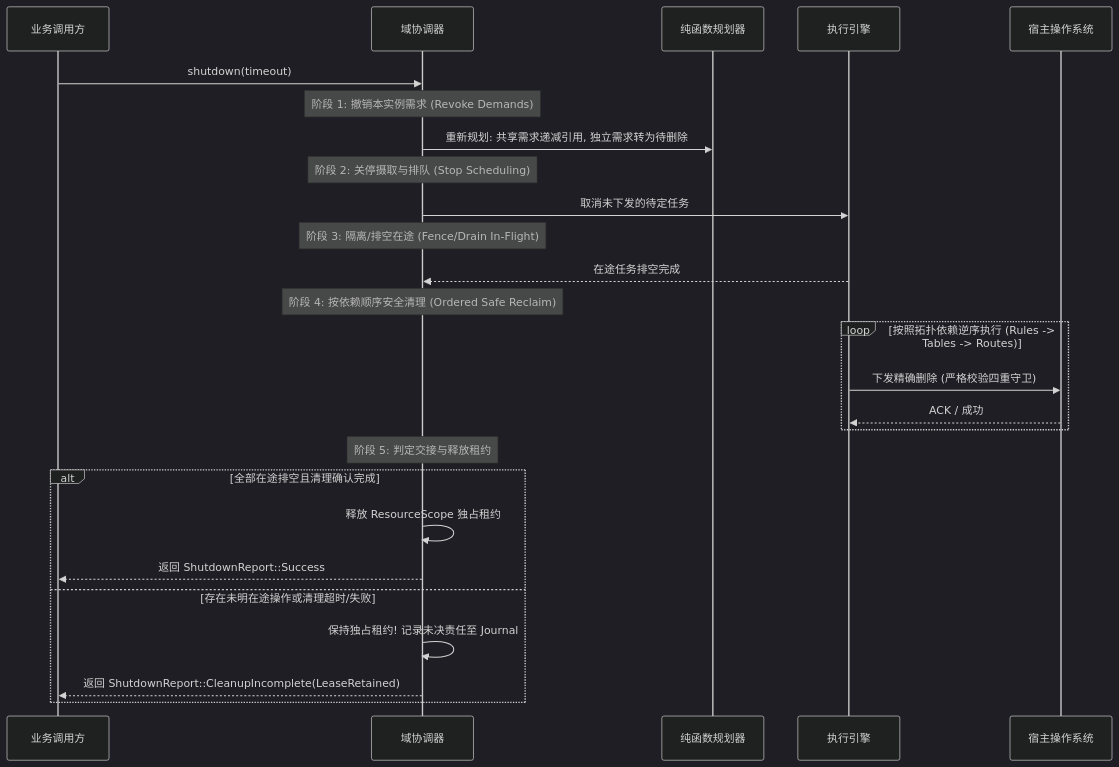
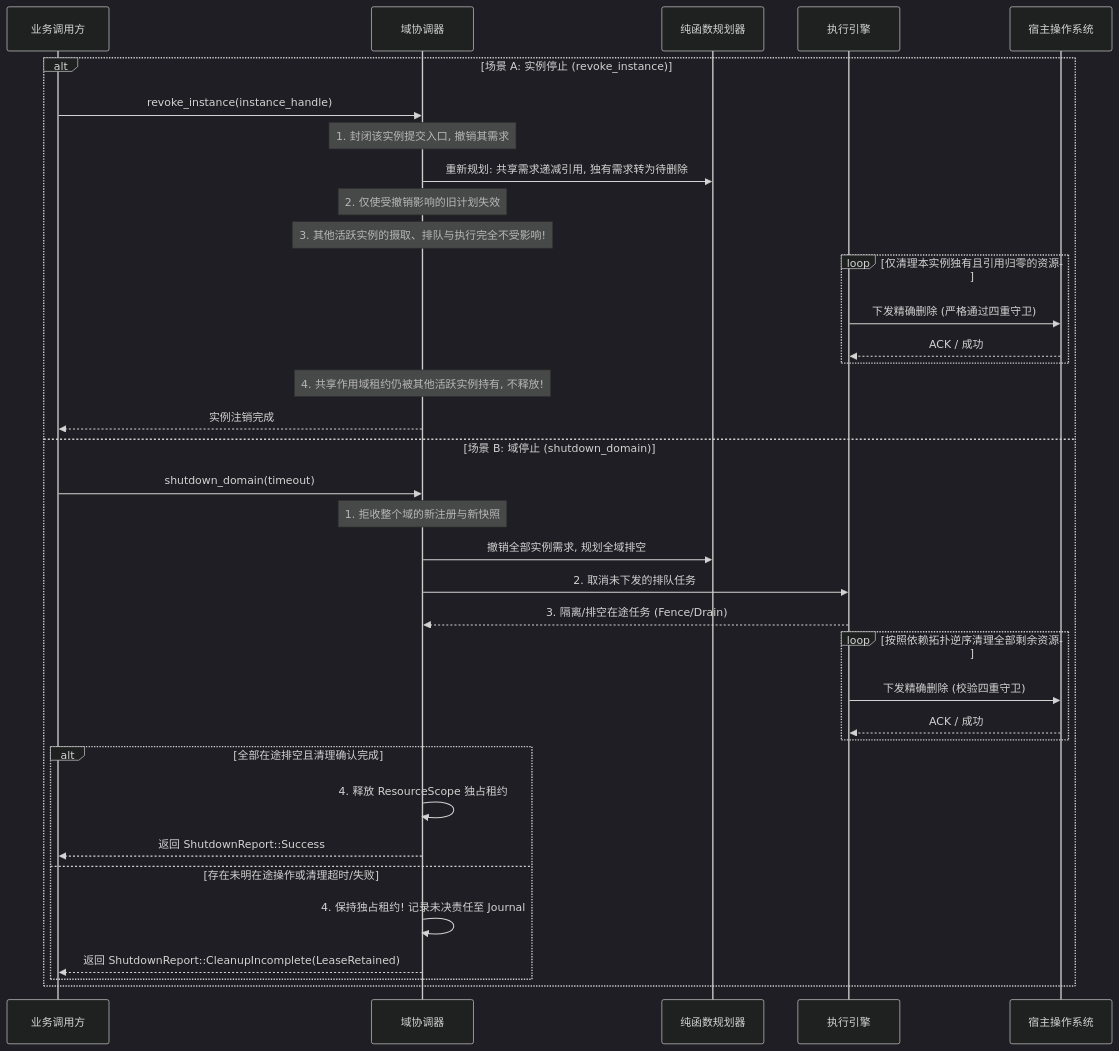
One commit to ZnqbuZ/EasyTier changed the fourth of 4 diagrams in docs/host-route-manager-step1-audit-and-contract.md. Above: the diagram before and after it, drawn with Mermaid (dark theme). The commit also changed other lines of this file and 1 other file, not shown here.

````diff
--- a/docs/host-route-manager-step1-audit-and-contract.md
+++ b/docs/host-route-manager-step1-audit-and-contract.md
@@ -332,29 +334,39 @@
 ```mermaid
 sequenceDiagram
     participant User as 业务调用方
     participant Coord as 域协调器
     participant Planner as 纯函数规划器
     participant Executor as 执行引擎
     participant OS as 宿主操作系统
     
-    User->>Coord: shutdown(timeout)
-    Note over Coord: 阶段 1: 撤销本实例需求 (Revoke Demands)
-    Coord->>Planner: 重新规划: 共享需求递减引用, 独立需求转为待删除
-    Note over Coord: 阶段 2: 关停摄取与排队 (Stop Scheduling)
-    Coord->>Executor: 取消未下发的待定任务
-    Note over Coord: 阶段 3: 隔离/排空在途 (Fence/Drain In-Flight)
-    Executor-->>Coord: 在途任务排空完成
-    Note over Coord: 阶段 4: 按依赖顺序安全清理 (Ordered Safe Reclaim)
-    loop 按照拓扑依赖逆序执行 (Rules -> Tables -> Routes)
-        Executor->>OS: 下发精确删除 (严格校验四重守卫)
-        OS-->>Executor: ACK / 成功
-    end
-    Note over Coord: 阶段 5: 判定交接与释放租约
-    alt 全部在途排空且清理确认完成
-        Coord->>Coord: 释放 ResourceScope 独占租约
-        Coord-->>User: 返回 ShutdownReport::Success
-    else 存在未明在途操作或清理超时/失败
-        Coord->>Coord: 保持独占租约! 记录未决责任至 Journal
-        Coord-->>User: 返回 ShutdownReport::CleanupIncomplete(LeaseRetained)
+    alt 场景 A: 实例停止 (revoke_instance)
+        User->>Coord: revoke_instance(instance_handle)
+        Note over Coord: 1. 封闭该实例提交入口, 撤销其需求
+        Coord->>Planner: 重新规划: 共享需求递减引用, 独有需求转为待删除
+        Note over Coord: 2. 仅使受撤销影响的旧计划失效
+        Note over Coord: 3. 其他活跃实例的摄取、排队与执行完全不受影响!
+        loop 仅清理本实例独有且引用归零的资源
+            Executor->>OS: 下发精确删除 (严格通过四重守卫)
+            OS-->>Executor: ACK / 成功
+        end
+        Note over Coord: 4. 共享作用域租约仍被其他活跃实例持有, 不释放!
+        Coord-->>User: 实例注销完成
+    else 场景 B: 域停止 (shutdown_domain)
+        User->>Coord: shutdown_domain(timeout)
+        Note over Coord: 1. 拒收整个域的新注册与新快照
+        Coord->>Planner: 撤销全部实例需求, 规划全域排空
+        Coord->>Executor: 2. 取消未下发的排队任务
+        Executor-->>Coord: 3. 隔离/排空在途任务 (Fence/Drain)
+        loop 按照依赖拓扑逆序清理全部剩余资源
+            Executor->>OS: 下发精确删除 (校验四重守卫)
+            OS-->>Executor: ACK / 成功
+        end
+        alt 全部在途排空且清理确认完成
+            Coord->>Coord: 4. 释放 ResourceScope 独占租约
+            Coord-->>User: 返回 ShutdownReport::Success
+        else 存在未明在途操作或清理超时/失败
+            Coord->>Coord: 4. 保持独占租约! 记录未决责任至 Journal
+            Coord-->>User: 返回 ShutdownReport::CleanupIncomplete(LeaseRetained)
+        end
     end
 ```
````
